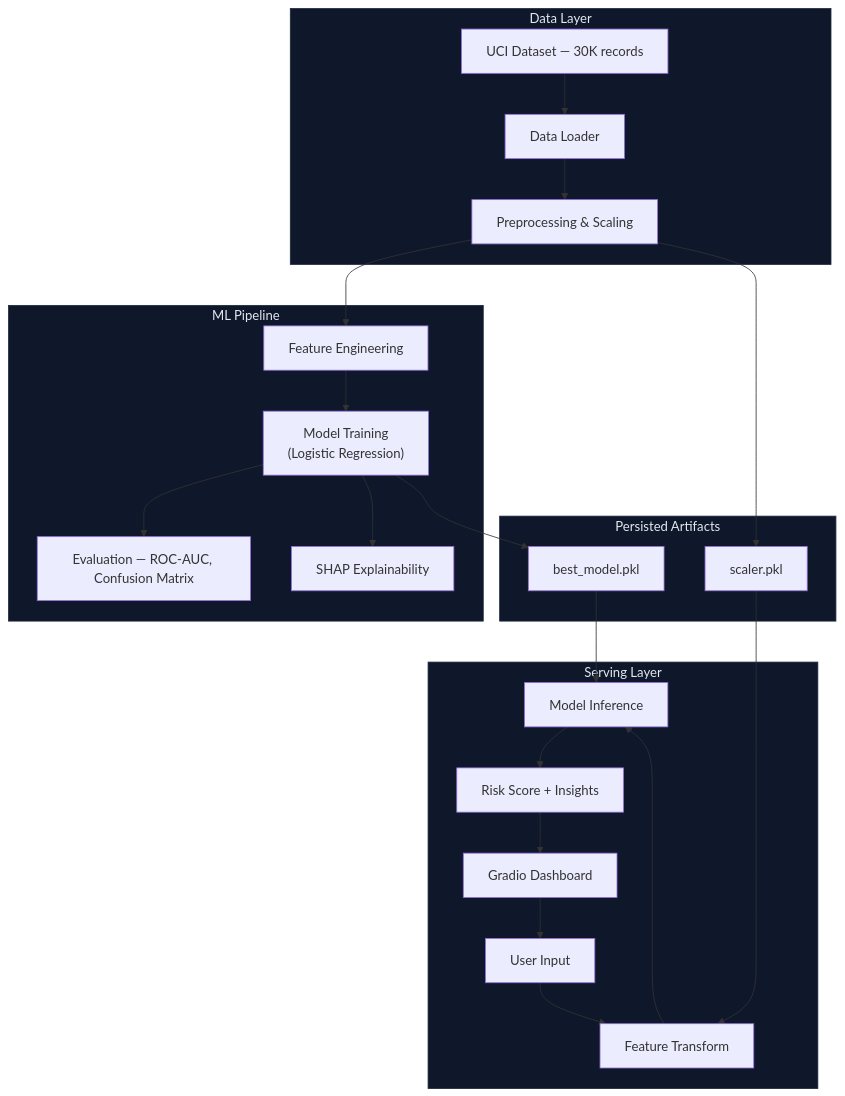
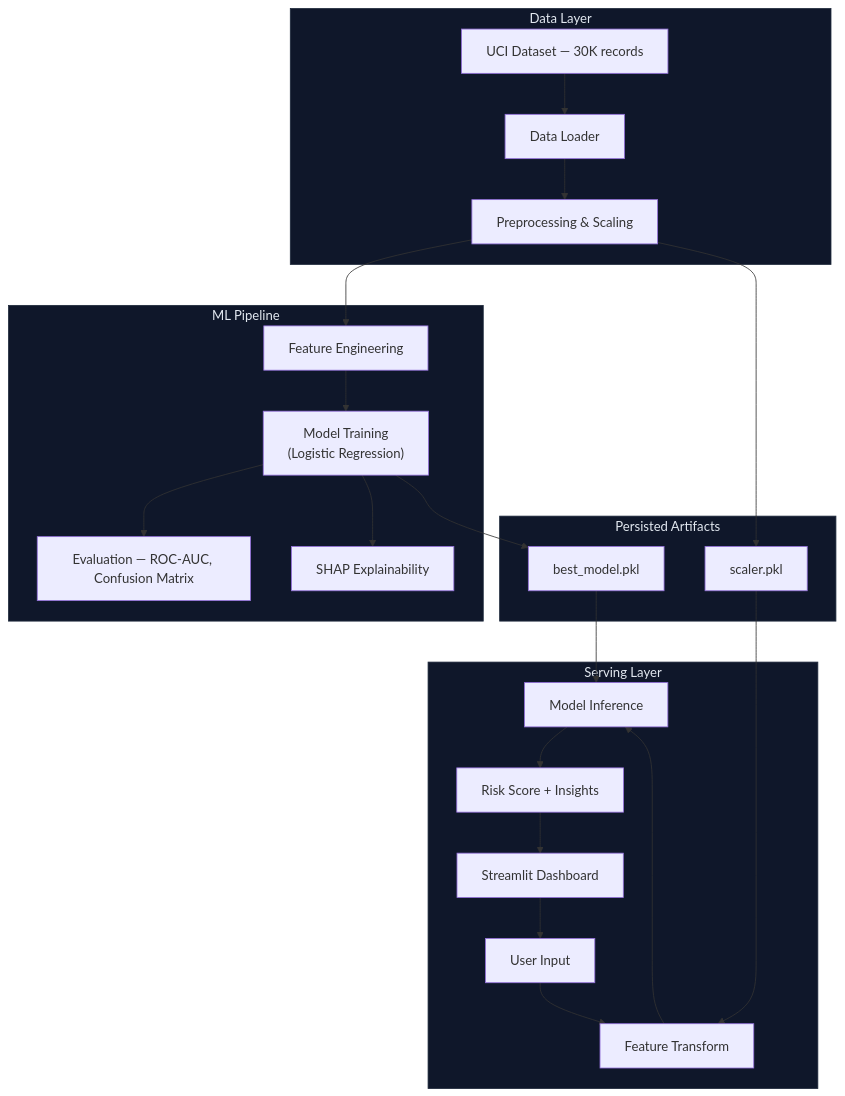
Before and after one commit to SatyamKumarCS/Default-Credit-Card-Prediction: the diagram in README.md, drawn with Mermaid. The commit also changed other lines of this file, not shown here.

````diff
--- a/README.md
+++ b/README.md
@@ -63,34 +62,34 @@
 ```mermaid
 flowchart TB
     subgraph DATA["Data Layer"]
         A[UCI Dataset — 30K records] --> B[Data Loader]
         B --> C[Preprocessing & Scaling]
     end
 
     subgraph ML["ML Pipeline"]
         C --> D[Feature Engineering]
         D --> E["Model Training<br/>(Logistic Regression)"]
         E --> F[Evaluation — ROC-AUC, Confusion Matrix]
         E --> G[SHAP Explainability]
     end
 
     subgraph SERVE["Serving Layer"]
-        H[Gradio Dashboard] --> I[User Input]
+        H[Streamlit Dashboard] --> I[User Input]
         I --> J[Feature Transform]
         J --> K[Model Inference]
         K --> L[Risk Score + Insights]
         L --> H
     end
 
     subgraph ARTIFACTS["Persisted Artifacts"]
         E --> M[best_model.pkl]
         C --> N[scaler.pkl]
         M --> K
         N --> J
     end
 
     style DATA fill:#0f172a,stroke:#1e293b,color:#e2e8f0
     style ML fill:#0f172a,stroke:#1e293b,color:#e2e8f0
     style SERVE fill:#0f172a,stroke:#1e293b,color:#e2e8f0
     style ARTIFACTS fill:#0f172a,stroke:#1e293b,color:#e2e8f0
 ```
````
